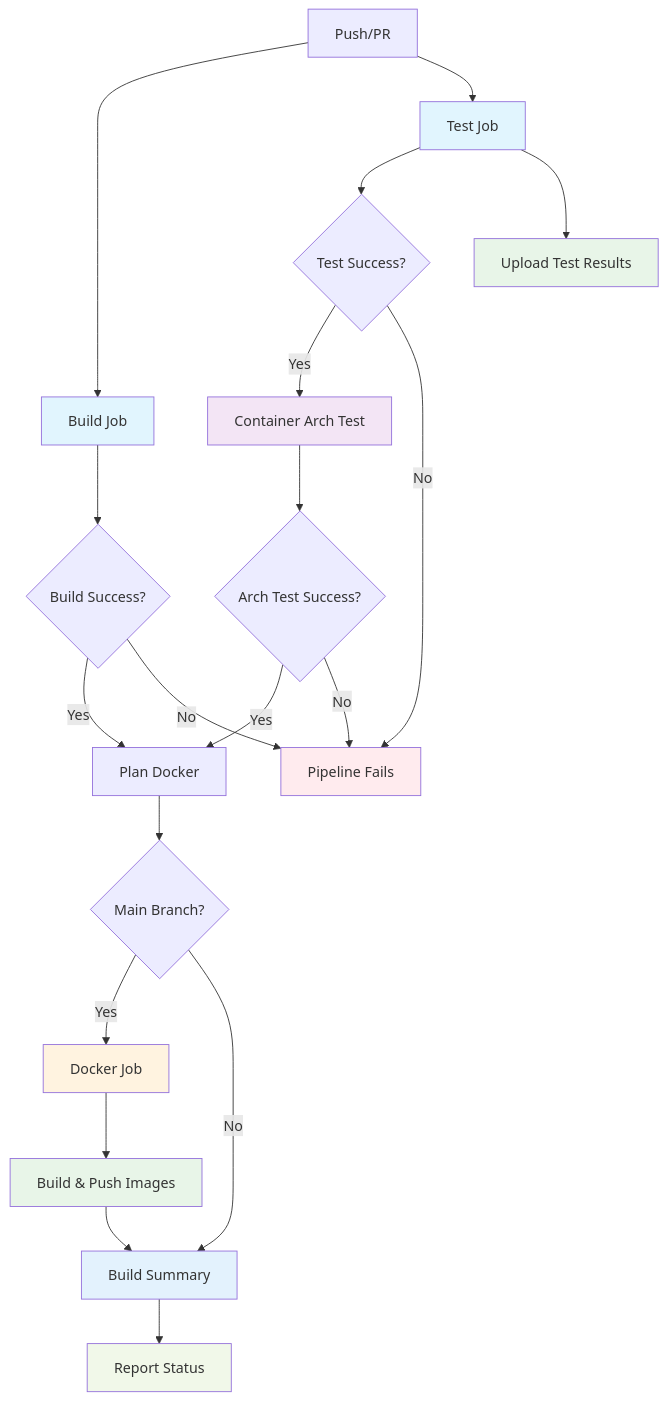
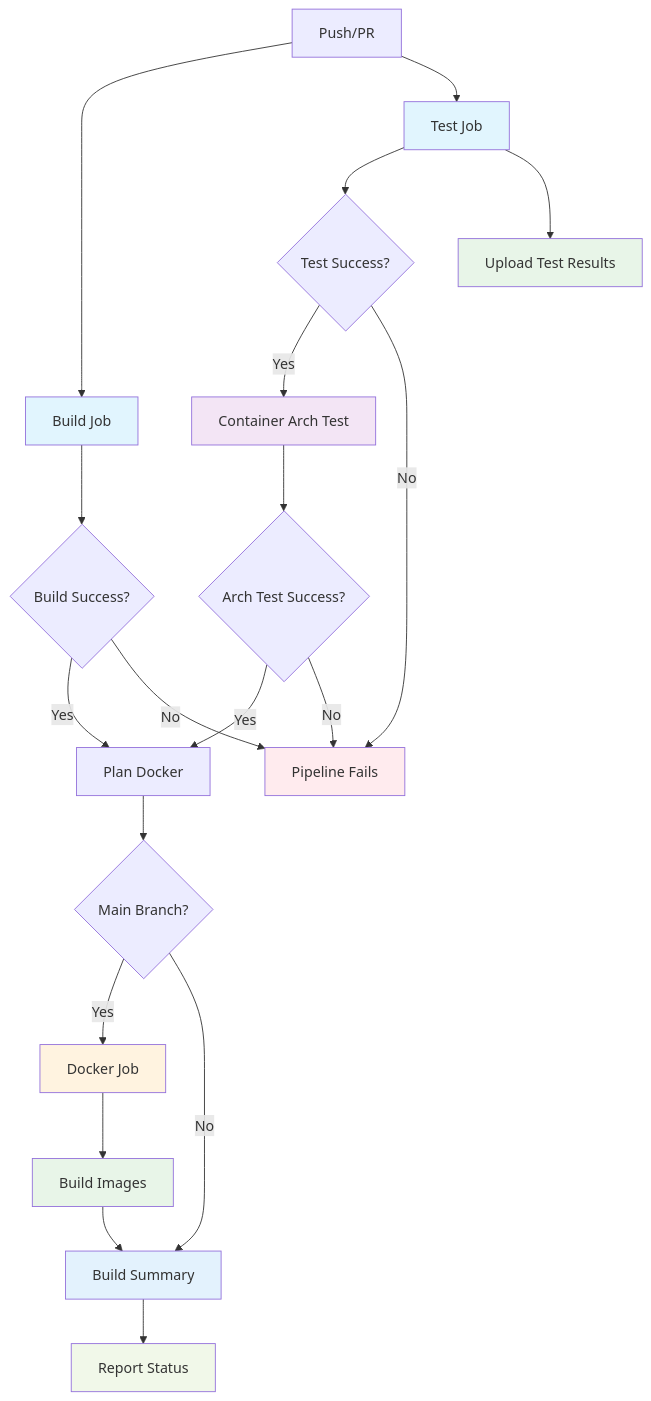
Before and after one commit to whale-net/everything: the diagram in docs/CI_CD.md, drawn with Mermaid. The commit also changed other lines of this file and 2 other files, not shown here.

Commit message:
Remove push to ghcr on main build
- Remove Docker login step from CI workflow
- Remove push step that published to ghcr.io on main
- Keep build step to ensure images compile correctly
- Update documentation to reflect build-only behavior
- Images are now only pushed via the Release workflow

````diff
--- a/docs/CI_CD.md
+++ b/docs/CI_CD.md
@@ -11,31 +11,31 @@
 ```mermaid
 graph TD
     A[Push/PR] --> B[Build Job]
     A --> C[Test Job]
     C --> D{Test Success?}
     D -->|Yes| E[Container Arch Test]
     D -->|No| F[Pipeline Fails]
     B --> G{Build Success?}
     G -->|Yes| H[Plan Docker]
     G -->|No| F
     E --> I{Arch Test Success?}
     I -->|Yes| H
     I -->|No| F
     H --> J{Main Branch?}
     J -->|Yes| K[Docker Job]
     J -->|No| L[Build Summary]
-    K --> M[Build & Push Images]
+    K --> M[Build Images]
     M --> L
     L --> N[Report Status]
     C --> O[Upload Test Results]
     
     style B fill:#e1f5fe
     style C fill:#e1f5fe
     style E fill:#f3e5f5
     style K fill:#fff3e0
     style F fill:#ffebee
     style O fill:#e8f5e8
     style M fill:#e8f5e8
     style L fill:#e3f2fd
     style N fill:#f1f8e9
 ```
````
